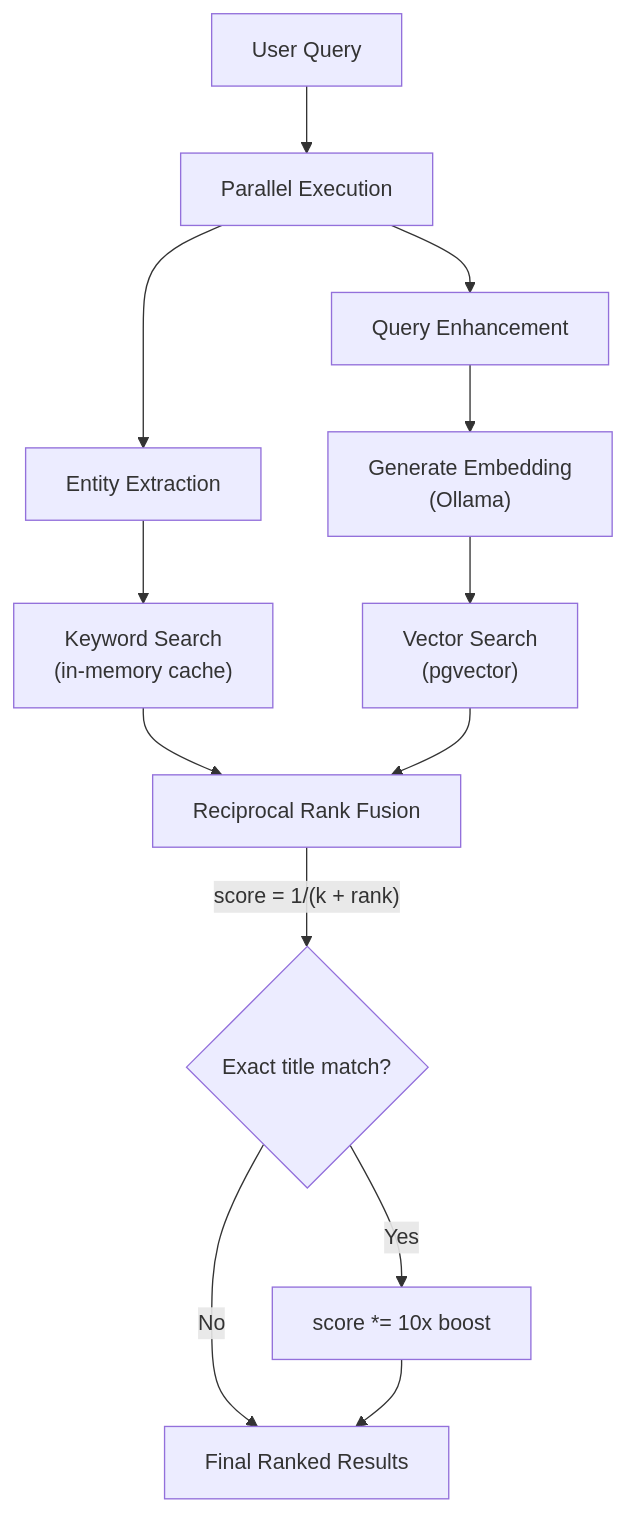
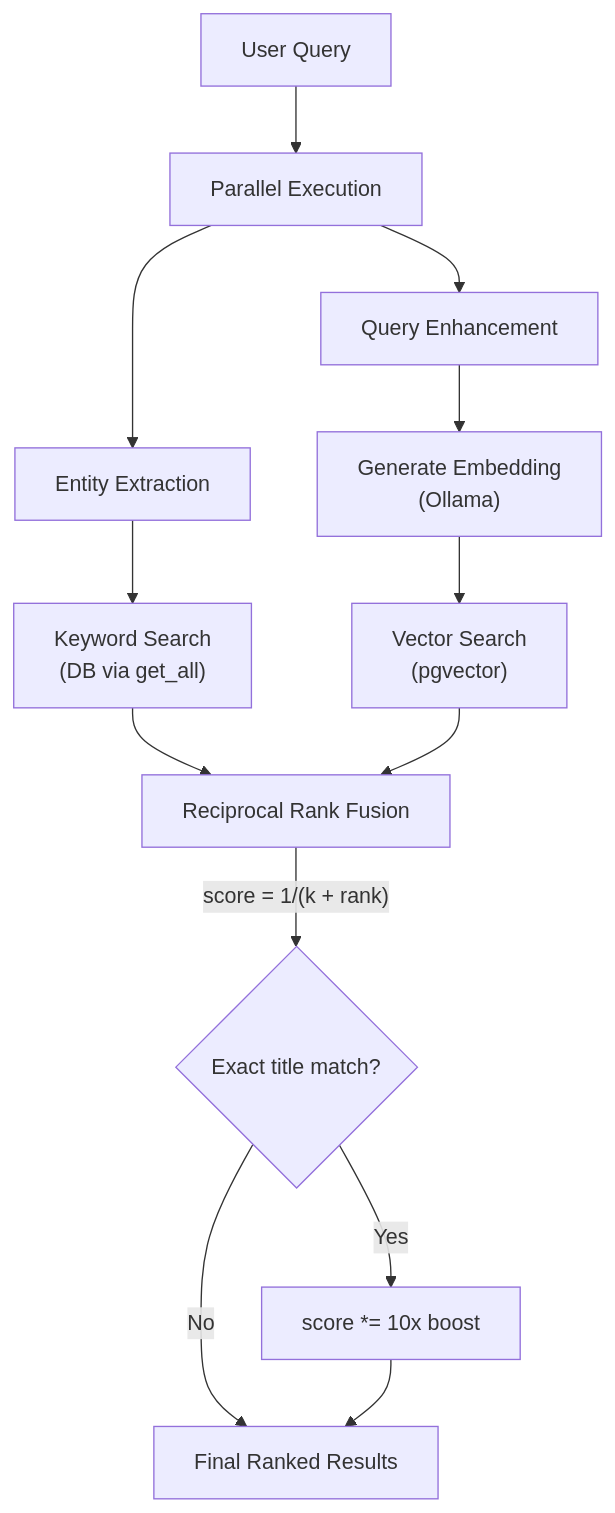
The fourth of 5 diagrams in Documentation/Diagrams/SEARCH_FLOW.md (1x2kb/dvd_categorize), drawn with Mermaid before and after one commit. The commit also changed other lines of this file and 41 other files, not shown here.

````diff
--- a/Documentation/Diagrams/SEARCH_FLOW.md
+++ b/Documentation/Diagrams/SEARCH_FLOW.md
@@ -69,19 +69,19 @@
 ```mermaid
 flowchart TD
     Q["User Query"] --> Fork["Parallel Execution"]
 
     Fork --> Branch1["Entity Extraction"]
     Fork --> Branch2["Query Enhancement"]
 
-    Branch1 --> KW["Keyword Search<br/>(in-memory cache)"]
+    Branch1 --> KW["Keyword Search<br/>(DB via get_all)"]
     Branch2 --> Embed["Generate Embedding<br/>(Ollama)"]
     Embed --> VS["Vector Search<br/>(pgvector)"]
 
     KW --> RRF["Reciprocal Rank Fusion"]
     VS --> RRF
 
     RRF --> |"score = 1/(k + rank)"| Boost{"Exact title match?"}
     Boost -->|Yes| BoostScore["score *= 10x boost"]
     Boost -->|No| Final["Final Ranked Results"]
     BoostScore --> Final
 ```
````
